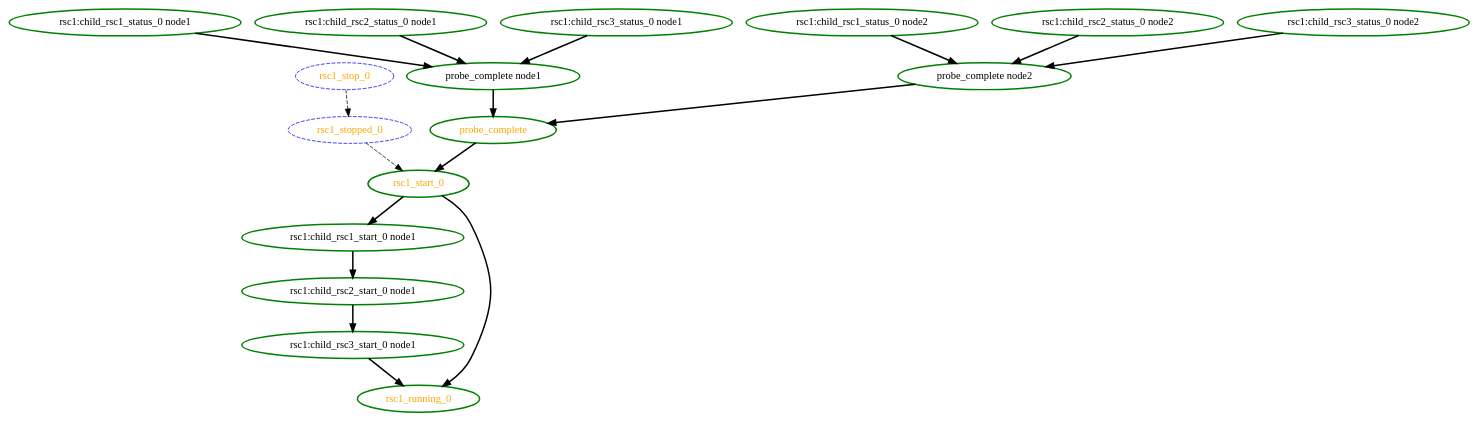
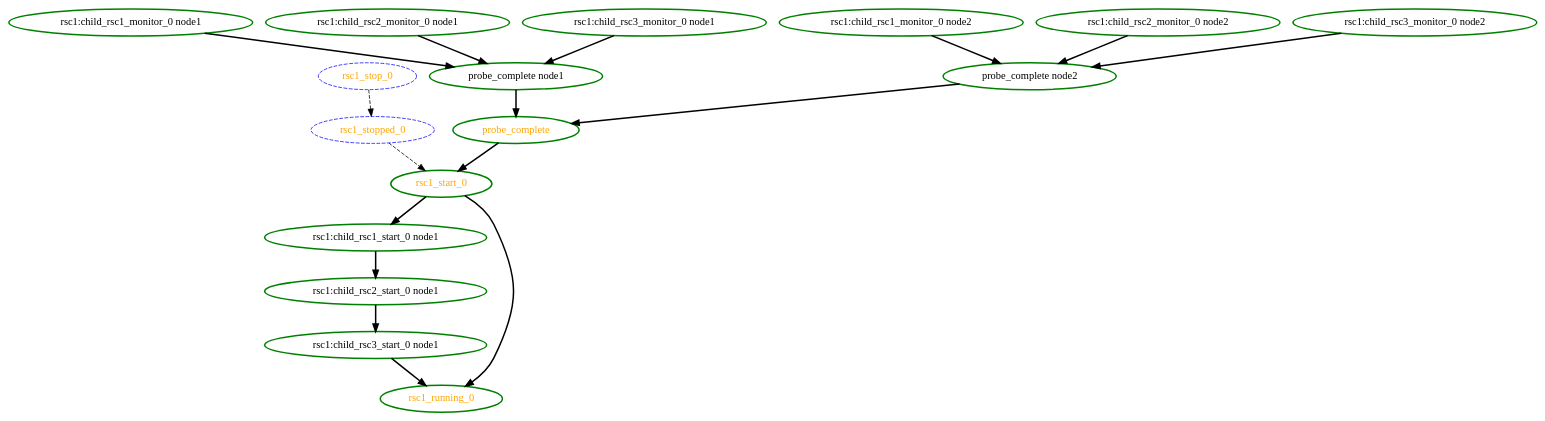
Before and after one commit to richiewen8/heartbeat: the diagram in crm/pengine/testcases/group1.dot, drawn with Graphviz. The commit also changed 147 other files, not shown here.

First line of the commit message:
s/status_0/monitor_0/

```diff
--- a/crm/pengine/testcases/group1.dot
+++ b/crm/pengine/testcases/group1.dot
@@ -1,35 +1,35 @@
 digraph "g" {
 	size = "30,30"
 "probe_complete" [ style=bold color="green" fontcolor="orange" ]
 "probe_complete node1" [ style=bold color="green" fontcolor="black" ]
-"rsc1:child_rsc1_status_0 node1" [ style=bold color="green" fontcolor="black" ]
-"rsc1:child_rsc2_status_0 node1" [ style=bold color="green" fontcolor="black" ]
-"rsc1:child_rsc3_status_0 node1" [ style=bold color="green" fontcolor="black" ]
+"rsc1:child_rsc1_monitor_0 node1" [ style=bold color="green" fontcolor="black" ]
+"rsc1:child_rsc2_monitor_0 node1" [ style=bold color="green" fontcolor="black" ]
+"rsc1:child_rsc3_monitor_0 node1" [ style=bold color="green" fontcolor="black" ]
 "probe_complete node2" [ style=bold color="green" fontcolor="black" ]
-"rsc1:child_rsc1_status_0 node2" [ style=bold color="green" fontcolor="black" ]
-"rsc1:child_rsc2_status_0 node2" [ style=bold color="green" fontcolor="black" ]
-"rsc1:child_rsc3_status_0 node2" [ style=bold color="green" fontcolor="black" ]
+"rsc1:child_rsc1_monitor_0 node2" [ style=bold color="green" fontcolor="black" ]
+"rsc1:child_rsc2_monitor_0 node2" [ style=bold color="green" fontcolor="black" ]
+"rsc1:child_rsc3_monitor_0 node2" [ style=bold color="green" fontcolor="black" ]
 "rsc1:child_rsc1_start_0 node1" [ style=bold color="green" fontcolor="black" ]
 "rsc1:child_rsc2_start_0 node1" [ style=bold color="green" fontcolor="black" ]
 "rsc1:child_rsc3_start_0 node1" [ style=bold color="green" fontcolor="black" ]
 "rsc1_start_0" [ style=bold color="green" fontcolor="orange" ]
 "rsc1_running_0" [ style=bold color="green" fontcolor="orange" ]
 "rsc1_stop_0" [ style="dashed" color="blue" fontcolor="orange" ]
 "rsc1_stopped_0" [ style="dashed" color="blue" fontcolor="orange" ]
 "probe_complete node1" -> "probe_complete" [ style = bold]
 "probe_complete node2" -> "probe_complete" [ style = bold]
-"rsc1:child_rsc1_status_0 node1" -> "probe_complete node1" [ style = bold]
-"rsc1:child_rsc2_status_0 node1" -> "probe_complete node1" [ style = bold]
-"rsc1:child_rsc3_status_0 node1" -> "probe_complete node1" [ style = bold]
-"rsc1:child_rsc1_status_0 node2" -> "probe_complete node2" [ style = bold]
-"rsc1:child_rsc2_status_0 node2" -> "probe_complete node2" [ style = bold]
-"rsc1:child_rsc3_status_0 node2" -> "probe_complete node2" [ style = bold]
+"rsc1:child_rsc1_monitor_0 node1" -> "probe_complete node1" [ style = bold]
+"rsc1:child_rsc2_monitor_0 node1" -> "probe_complete node1" [ style = bold]
+"rsc1:child_rsc3_monitor_0 node1" -> "probe_complete node1" [ style = bold]
+"rsc1:child_rsc1_monitor_0 node2" -> "probe_complete node2" [ style = bold]
+"rsc1:child_rsc2_monitor_0 node2" -> "probe_complete node2" [ style = bold]
+"rsc1:child_rsc3_monitor_0 node2" -> "probe_complete node2" [ style = bold]
 "rsc1_start_0" -> "rsc1:child_rsc1_start_0 node1" [ style = bold]
 "rsc1:child_rsc1_start_0 node1" -> "rsc1:child_rsc2_start_0 node1" [ style = bold]
 "rsc1:child_rsc2_start_0 node1" -> "rsc1:child_rsc3_start_0 node1" [ style = bold]
 "probe_complete" -> "rsc1_start_0" [ style = bold]
 "rsc1_stopped_0" -> "rsc1_start_0" [ style = dashed]
 "rsc1:child_rsc3_start_0 node1" -> "rsc1_running_0" [ style = bold]
 "rsc1_start_0" -> "rsc1_running_0" [ style = bold]
 "rsc1_stop_0" -> "rsc1_stopped_0" [ style = dashed]
 }
```
